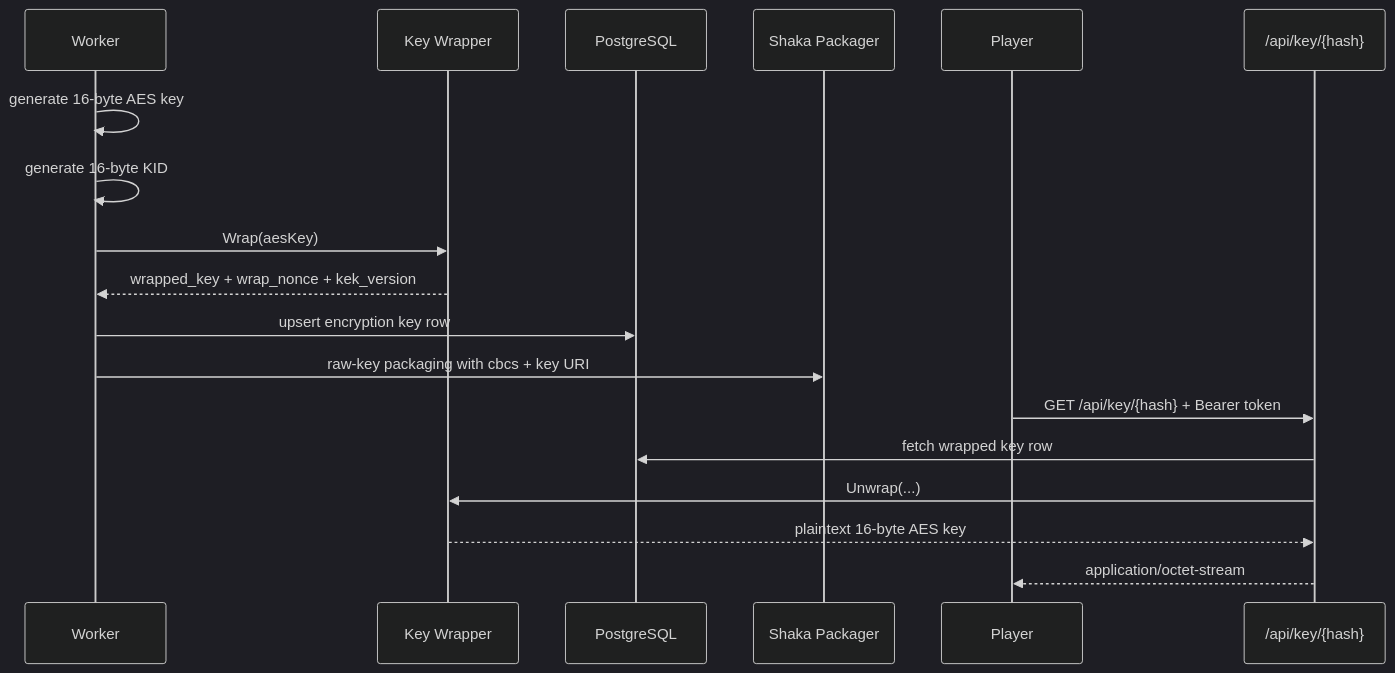
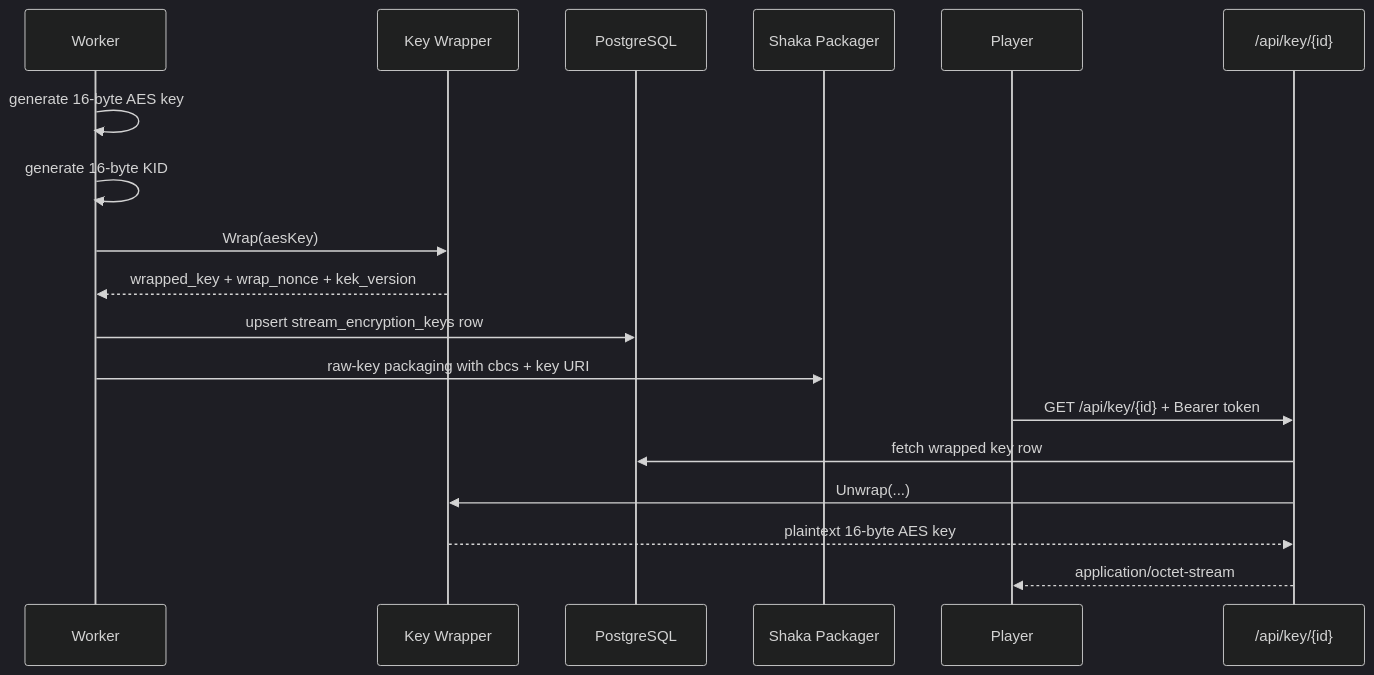
The diagram in docs/media/encrypted-streaming.md (carry0987/Vylux), drawn with Mermaid (dark theme) before and after one commit. The commit also changed other lines of this file and 26 other files, not shown here.

````diff
--- a/docs/media/encrypted-streaming.md
+++ b/docs/media/encrypted-streaming.md
@@ -26,21 +26,21 @@
 ```mermaid
 sequenceDiagram
 		participant Worker
 		participant Wrapper as Key Wrapper
 		participant PG as PostgreSQL
 		participant Packager as Shaka Packager
 		participant Player
-		participant KeyAPI as /api/key/{hash}
+		participant KeyAPI as /api/key/{id}
 
 		Worker->>Worker: generate 16-byte AES key
 		Worker->>Worker: generate 16-byte KID
 		Worker->>Wrapper: Wrap(aesKey)
 		Wrapper-->>Worker: wrapped_key + wrap_nonce + kek_version
-		Worker->>PG: upsert encryption key row
+		Worker->>PG: upsert stream_encryption_keys row
 		Worker->>Packager: raw-key packaging with cbcs + key URI
-		Player->>KeyAPI: GET /api/key/{hash} + Bearer token
+		Player->>KeyAPI: GET /api/key/{id} + Bearer token
 		KeyAPI->>PG: fetch wrapped key row
 		KeyAPI->>Wrapper: Unwrap(...)
 		Wrapper-->>KeyAPI: plaintext 16-byte AES key
 		KeyAPI-->>Player: application/octet-stream
 ```
````
